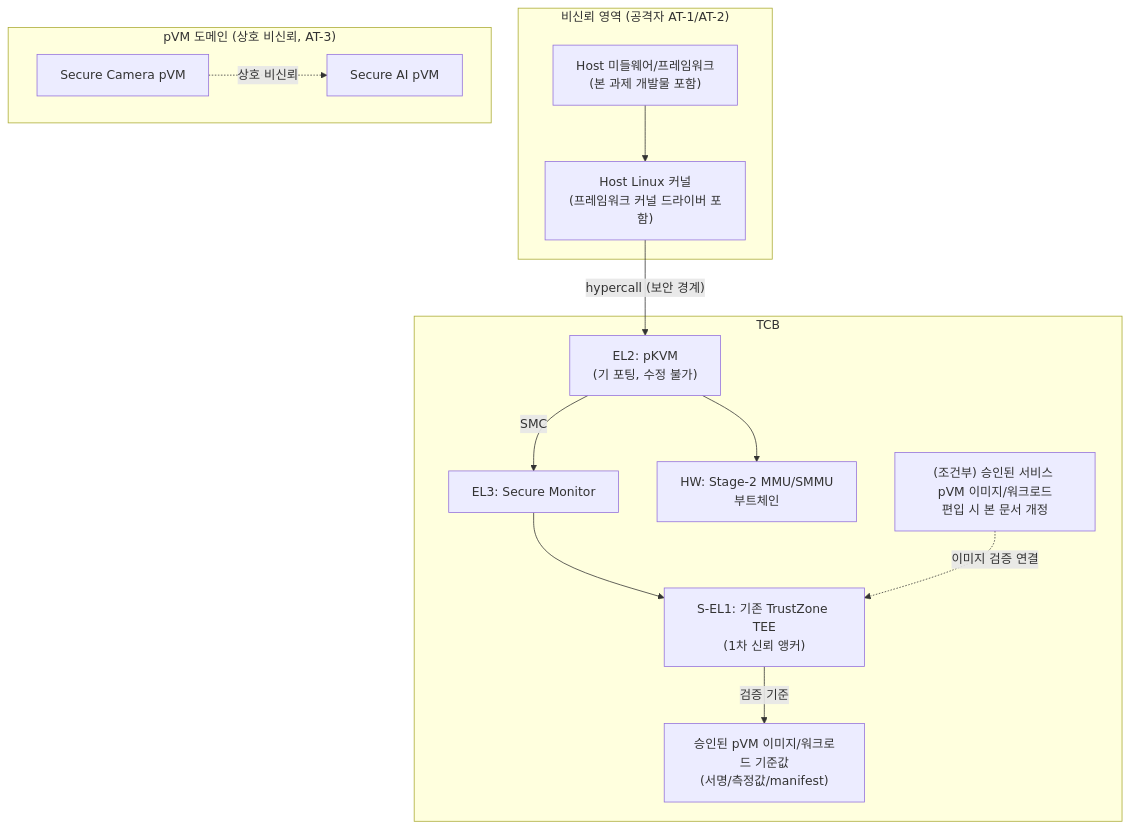
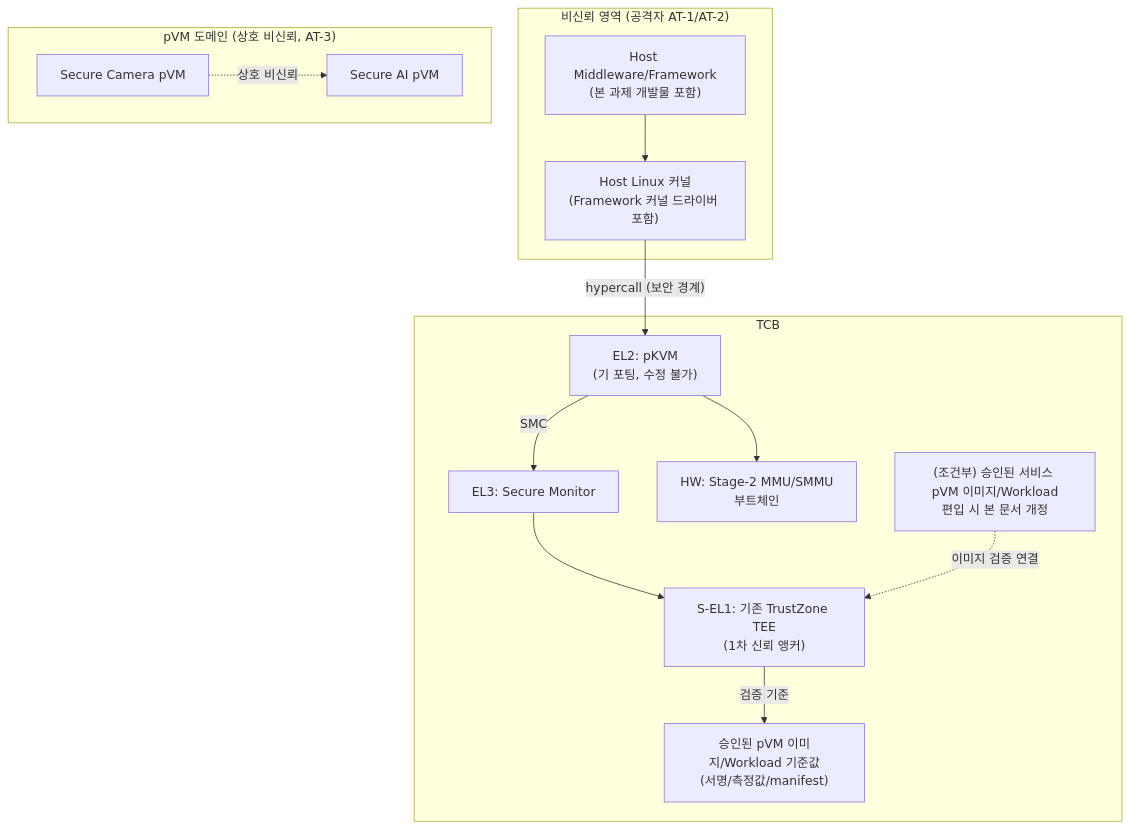
Before and after one commit to boram1288/test-p: the diagram in docs/DP/DP-C-01.md, drawn with Mermaid. The commit also changed other lines of this file and 28 other files, not shown here.

````diff
--- a/docs/DP/DP-C-01.md
+++ b/docs/DP/DP-C-01.md
@@ -201,28 +201,28 @@
 ```mermaid
 flowchart TB
     subgraph untrusted["비신뢰 영역 (공격자 AT-1/AT-2)"]
-        APP["Host 미들웨어/프레임워크<br/>(본 과제 개발물 포함)"]
-        KERN["Host Linux 커널<br/>(프레임워크 커널 드라이버 포함)"]
+        APP["Host Middleware/Framework<br/>(본 과제 개발물 포함)"]
+        KERN["Host Linux 커널<br/>(Framework 커널 드라이버 포함)"]
     end
     subgraph pvms["pVM 도메인 (상호 비신뢰, AT-3)"]
         CAM["Secure Camera pVM"]
         AI["Secure AI pVM"]
     end
     subgraph tcb["TCB"]
         EL2["EL2: pKVM<br/>(기 포팅, 수정 불가)"]
         EL3["EL3: Secure Monitor"]
         TEE["S-EL1: 기존 TrustZone TEE<br/>(1차 신뢰 앵커)"]
-        BASE["승인된 pVM 이미지/워크로드 기준값<br/>(서명/측정값/manifest)"]
+        BASE["승인된 pVM 이미지/Workload 기준값<br/>(서명/측정값/manifest)"]
         HW["HW: Stage-2 MMU/SMMU<br/>부트체인"]
-        SVC["(조건부) 승인된 서비스 pVM 이미지/워크로드<br/>편입 시 본 문서 개정"]
+        SVC["(조건부) 승인된 서비스 pVM 이미지/Workload<br/>편입 시 본 문서 개정"]
     end
 
     APP --> KERN
     KERN -->|"hypercall (보안 경계)"| EL2
     CAM -.->|"상호 비신뢰"| AI
     EL2 --> HW
     EL2 -->|"SMC"| EL3
     EL3 --> TEE
     TEE -->|"검증 기준"| BASE
     SVC -.->|"이미지 검증 연결"| TEE
 ```
````
